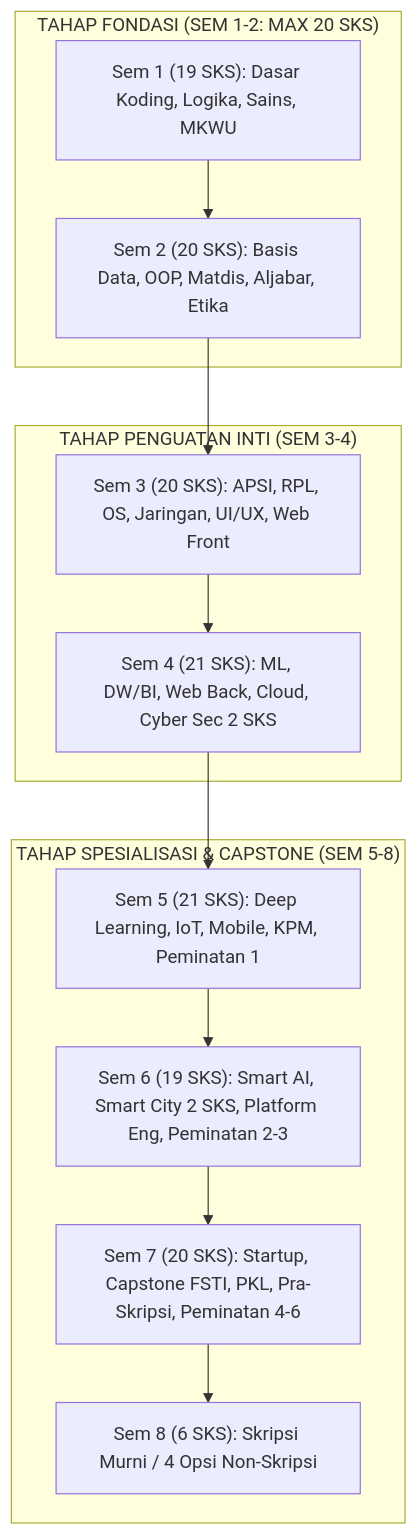
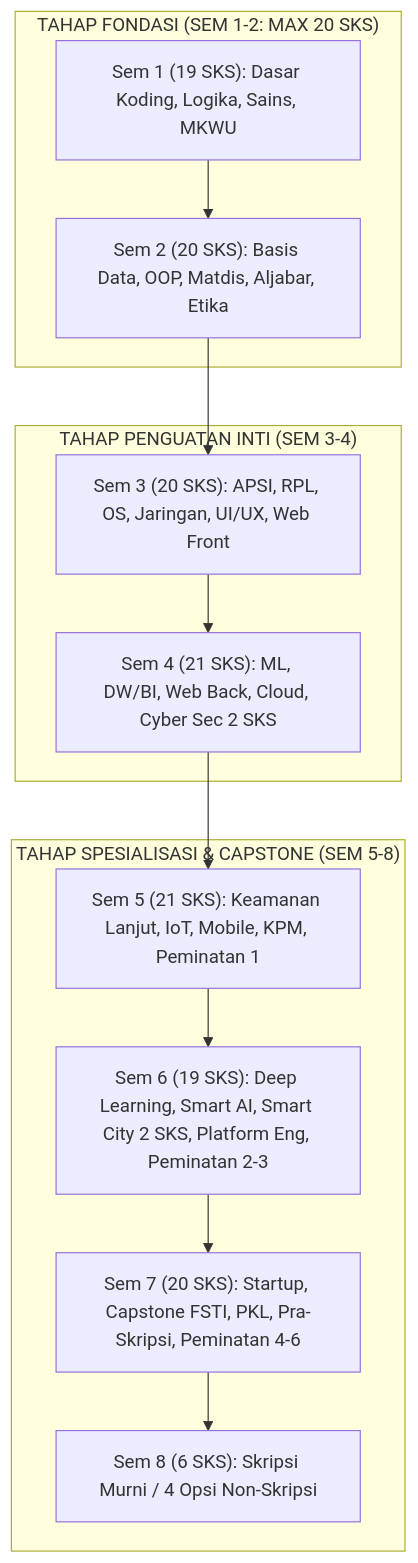
Before and after one commit to roniwahyu/--BRAINSTORMING_KURIKULUM2026: the diagram in KURIKULUM2026_REVISI/005_STRUKTUR_KURIKULUM_8_SEMESTER_DAN_PEMINATAN.md, drawn with Mermaid. The commit also changed other lines of this file and 38 other files, not shown here.

````diff
--- a/KURIKULUM2026_REVISI/005_STRUKTUR_KURIKULUM_8_SEMESTER_DAN_PEMINATAN.md
+++ b/KURIKULUM2026_REVISI/005_STRUKTUR_KURIKULUM_8_SEMESTER_DAN_PEMINATAN.md
@@ -11,18 +11,18 @@
 ```mermaid
 graph TD
     subgraph S12 ["TAHAP FONDASI (SEM 1-2: MAX 20 SKS)"]
         S1["Sem 1 (19 SKS): Dasar Koding, Logika, Sains, MKWU"] --> S2["Sem 2 (20 SKS): Basis Data, OOP, Matdis, Aljabar, Etika"]
     end
 
     subgraph S34 ["TAHAP PENGUATAN INTI (SEM 3-4)"]
         S2 --> S3["Sem 3 (20 SKS): APSI, RPL, OS, Jaringan, UI/UX, Web Front"]
         S3 --> S4["Sem 4 (21 SKS): ML, DW/BI, Web Back, Cloud, Cyber Sec 2 SKS"]
     end
 
     subgraph S58 ["TAHAP SPESIALISASI & CAPSTONE (SEM 5-8)"]
-        S4 --> S5["Sem 5 (21 SKS): Deep Learning, IoT, Mobile, KPM, Peminatan 1"]
-        S5 --> S6["Sem 6 (19 SKS): Smart AI, Smart City 2 SKS, Platform Eng, Peminatan 2-3"]
+        S4 --> S5["Sem 5 (21 SKS): Keamanan Lanjut, IoT, Mobile, KPM, Peminatan 1"]
+        S5 --> S6["Sem 6 (19 SKS): Deep Learning, Smart AI, Smart City 2 SKS, Platform Eng, Peminatan 2-3"]
         S6 --> S7["Sem 7 (20 SKS): Startup, Capstone FSTI, PKL, Pra-Skripsi, Peminatan 4-6"]
         S7 --> S8["Sem 8 (6 SKS): Skripsi Murni / 4 Opsi Non-Skripsi"]
     end
 ```
````
